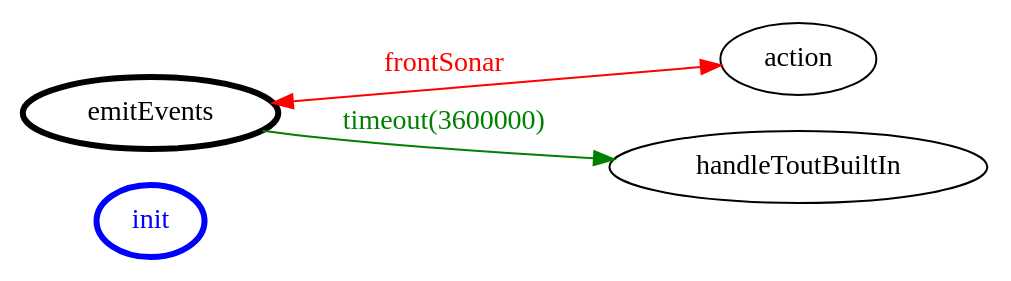
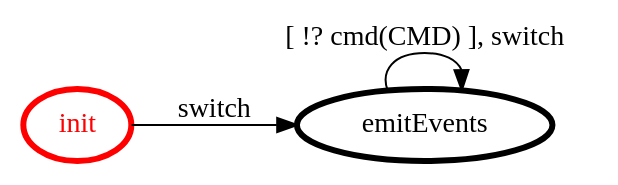
The diagram in it.unibo.raspRobot/srcMore/it/unibo/testappl/testappl.gv (FFrabetti/ProgettoISS_relazione), drawn with Graphviz before and after one commit. The commit also changed 22 other files, not shown here.

```diff
--- a/it.unibo.raspRobot/srcMore/it/unibo/testappl/testappl.gv
+++ b/it.unibo.raspRobot/srcMore/it/unibo/testappl/testappl.gv
@@ -1,18 +1,17 @@
 /*
 *
 * A GraphViz DOT FSM description 
 * Please use a GraphViz visualizer (like http://www.webgraphviz.com)
 *  
 */
 
 digraph finite_state_machine {
 	rankdir=LR
 	size="8,5"
 	
 	init [ color = red ][ fontcolor = red ][ penwidth = 3 ]
 	emitEvents [ color = black ][ fontcolor = black ][ penwidth = 3 ]
-	init [ color = blue ][ fontcolor = blue ][ penwidth = 3 ]
 	
-	emitEvents -> action [ label = "frontSonar" ][ color = red ][ fontcolor = red ][ dir = both ]
-	emitEvents -> handleToutBuiltIn [ label = "timeout(3600000)" ][ color = green ][ fontcolor = green ]
+	init -> emitEvents [ label = "switch" ][ color = black ][ fontcolor = black ]
+	emitEvents -> emitEvents [ label = "[ !? cmd(CMD) ], switch" ][ color = black ][ fontcolor = black ]
 }
```
